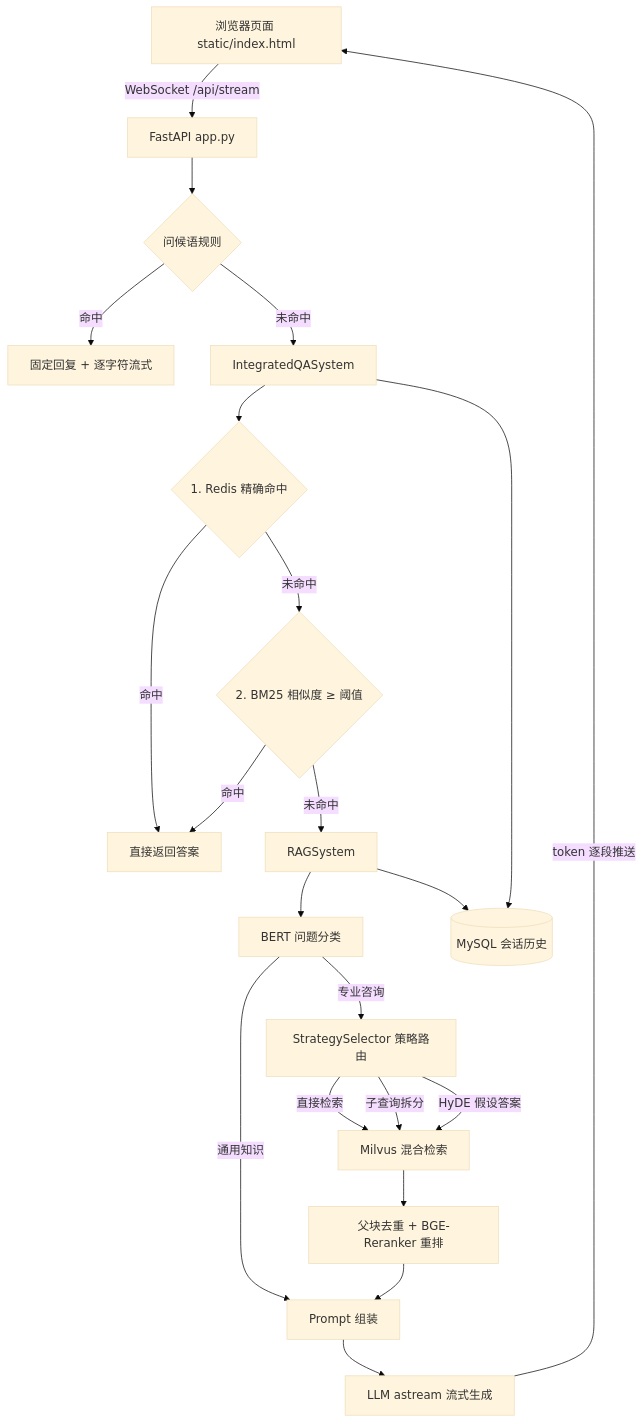
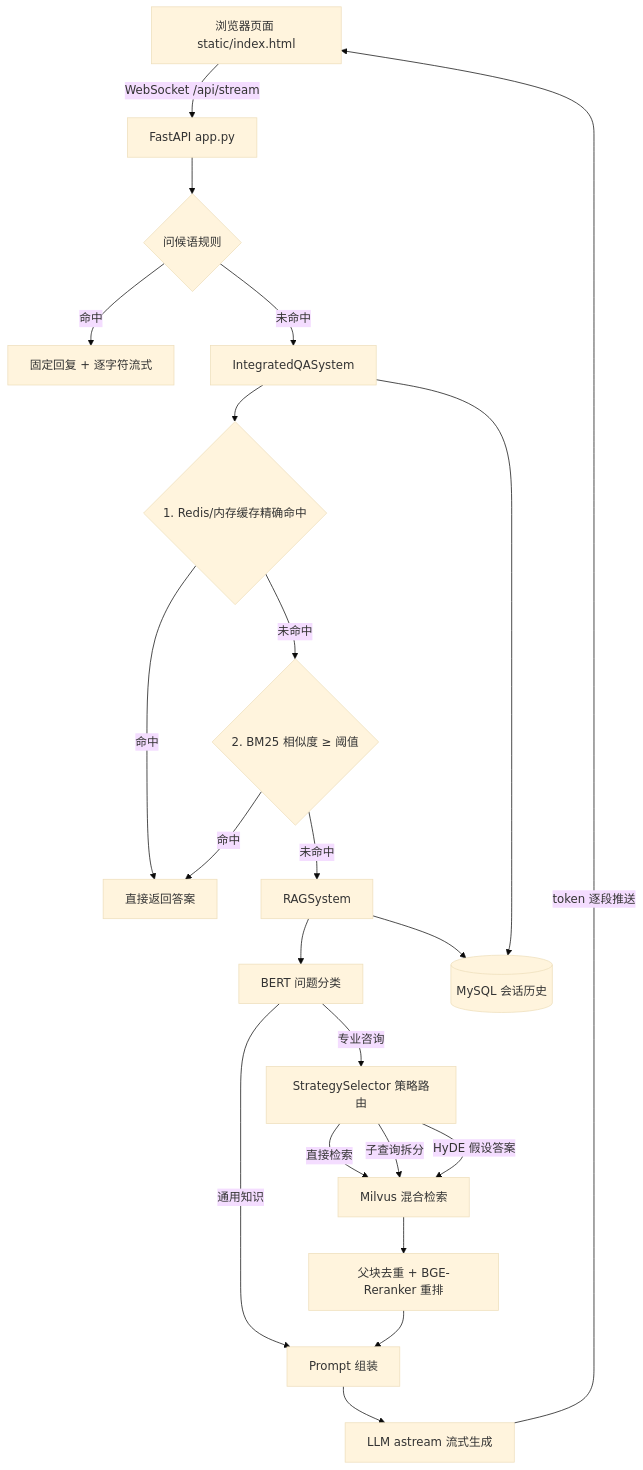
One commit to lly-luck/RAG_Demo changed the diagram in README.md. Above: the diagram before and after it, drawn with Mermaid (base theme). The commit also changed other lines of this file and 59 other files, not shown here.

````diff
--- a/README.md
+++ b/README.md
@@ -79,30 +112,30 @@
 ```mermaid
 flowchart TD
     U[浏览器页面 static/index.html] -->|WebSocket /api/stream| A[FastAPI app.py]
 
     A --> G{问候语规则}
     G -->|命中| R1[固定回复 + 逐字符流式]
     G -->|未命中| B[IntegratedQASystem]
 
-    B --> C{1. Redis 精确命中}
+    B --> C{1. Redis/内存缓存精确命中}
     C -->|命中| R2[直接返回答案]
     C -->|未命中| D{2. BM25 相似度 ≥ 阈值}
     D -->|命中| R2
     D -->|未命中| E[RAGSystem]
 
     E --> F[BERT 问题分类]
     F -->|通用知识| J[Prompt 组装]
     F -->|专业咨询| H[StrategySelector 策略路由]
 
     H -->|直接检索| V[Milvus 混合检索]
     H -->|子查询拆分| V
     H -->|HyDE 假设答案| V
 
     V --> W[父块去重 + BGE-Reranker 重排]
     W --> J
     J --> K[LLM astream 流式生成]
     K -->|token 逐段推送| U
 
     B --> M[(MySQL 会话历史)]
     E --> M
 ```
````
